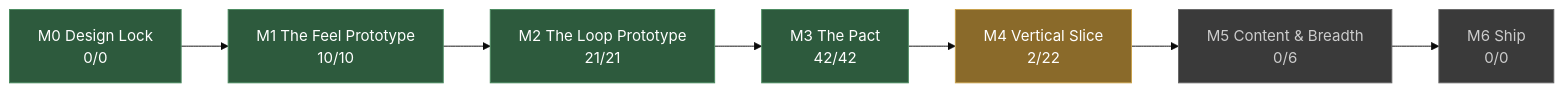
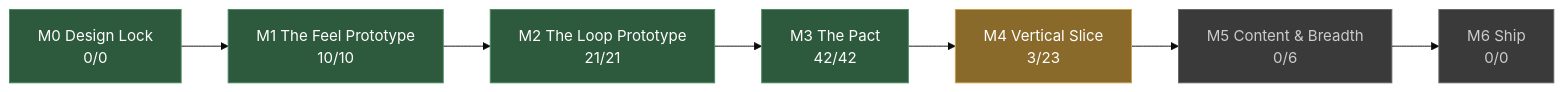
One commit to JoshuaGessner/she changed the diagram in docs/STATUS.md. Above: the diagram before and after it, drawn with Mermaid (base theme). The commit also changed other lines of this file and 7 other files, not shown here.

````diff
--- a/docs/STATUS.md
+++ b/docs/STATUS.md
@@ -13,19 +13,19 @@
 ```mermaid
 flowchart LR
   M0["M0 Design Lock<br/>0/0"]:::passed
   M1["M1 The Feel Prototype<br/>10/10"]:::passed
   M0 --> M1
   M2["M2 The Loop Prototype<br/>21/21"]:::passed
   M1 --> M2
   M3["M3 The Pact<br/>42/42"]:::passed
   M2 --> M3
-  M4["M4 Vertical Slice<br/>2/22"]:::current
+  M4["M4 Vertical Slice<br/>3/23"]:::current
   M3 --> M4
   M5["M5 Content & Breadth<br/>0/6"]:::ahead
   M4 --> M5
   M6["M6 Ship<br/>0/0"]:::ahead
   M5 --> M6
   classDef passed fill:#2d5a3d,stroke:#4a8a5f,color:#fff
   classDef current fill:#8a6a2a,stroke:#c8a04a,color:#fff
   classDef ahead fill:#3a3a3a,stroke:#666,color:#ccc
 ```
````
